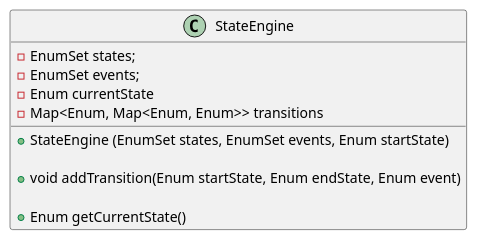
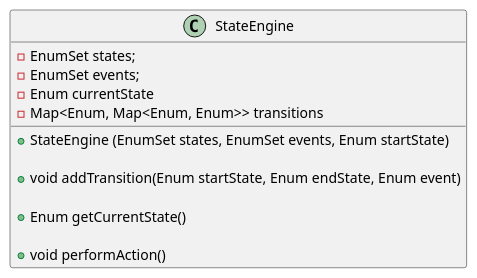
One commit to mdgriffin/Design-Patterns changed the diagram in class_diagram.pu. Above: the diagram before and after it, drawn with PlantUML. The commit also changed 2 other files, not shown here.

Commit message:
Added perform action that handle state transitions

```diff
--- a/class_diagram.pu
+++ b/class_diagram.pu
@@ -1,14 +1,16 @@
 @startuml
 Class StateEngine {
     -EnumSet states;
     -EnumSet events;
     -Enum currentState
     -Map<Enum, Map<Enum, Enum>> transitions
 
     +StateEngine (EnumSet states, EnumSet events, Enum startState)
 
     +void addTransition(Enum startState, Enum endState, Enum event)
 
     +Enum getCurrentState()
+
+    +void performAction()
 }
 @enduml
```
